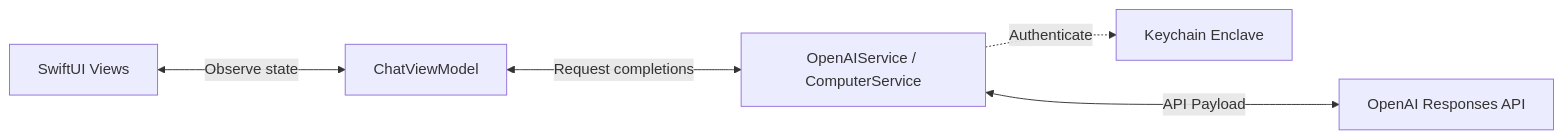
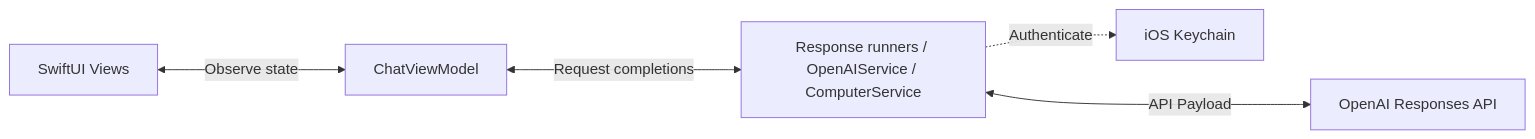
One commit to Gunnarguy/OpenResponses changed the second of 4 diagrams in README.md. Above: the diagram before and after it, drawn with Mermaid. The commit also changed other lines of this file and 122 other files, not shown here.

````diff
--- a/README.md
+++ b/README.md
@@ -86,7 +95,7 @@
 ```mermaid
 flowchart LR
     View[SwiftUI Views] <--->|Observe state| VM[ChatViewModel]
-    VM <--->|Request completions| Services[OpenAIService / ComputerService]
-    Services -.->|Authenticate| Keychain[Keychain Enclave]
+    VM <--->|Request completions| Services[Response runners / OpenAIService / ComputerService]
+    Services -.->|Authenticate| Keychain[iOS Keychain]
     Services <--->|API Payload| OpenAI[OpenAI Responses API]
 ```
````
